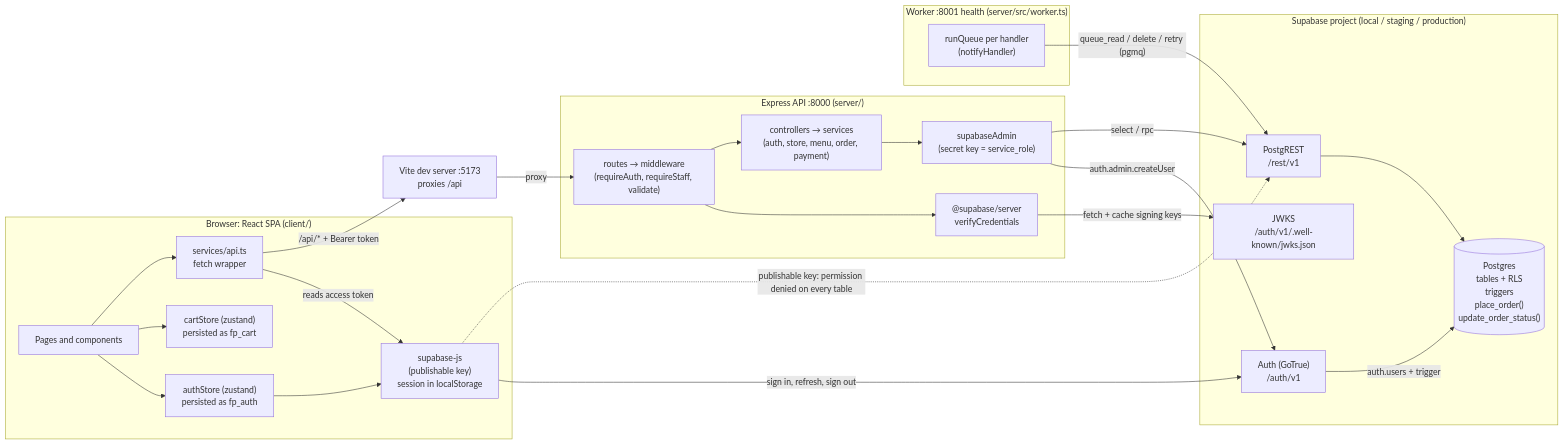
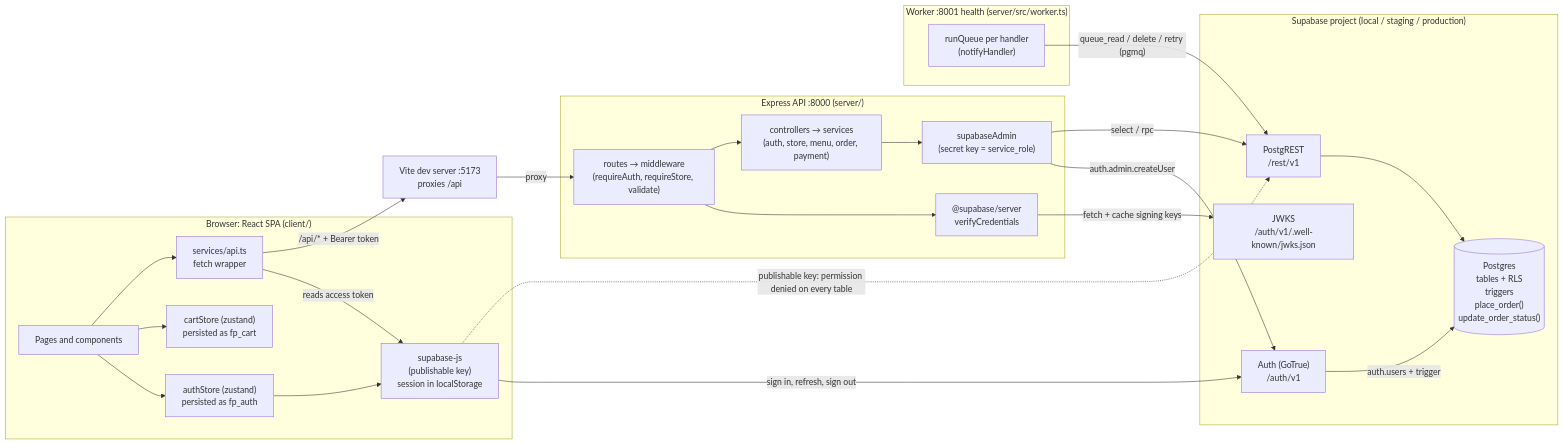
The first of 29 diagrams in docs/ARCHITECTURE.md (The-KhaNha/KhaNha), drawn with Mermaid before and after one commit. The commit also changed other lines of this file and 2 other files, not shown here.

Commit message:
Docs: staff endpoints and guards on the store routes; cart add signature

````diff
--- a/docs/ARCHITECTURE.md
+++ b/docs/ARCHITECTURE.md
@@ -49,49 +49,49 @@
 ```mermaid
 flowchart LR
   subgraph Browser["Browser: React SPA (client/)"]
     UI["Pages and components"]
     AuthStore["authStore (zustand)<br/>persisted as fp_auth"]
     CartStore["cartStore (zustand)<br/>persisted as fp_cart"]
     SBJS["supabase-js<br/>(publishable key)<br/>session in localStorage"]
     ApiClient["services/api.ts<br/>fetch wrapper"]
   end
 
   Vite["Vite dev server :5173<br/>proxies /api"]
 
   subgraph API["Express API :8000 (server/)"]
-    Routes["routes → middleware<br/>(requireAuth, requireStaff, validate)"]
+    Routes["routes → middleware<br/>(requireAuth, requireStore, validate)"]
     Services["controllers → services<br/>(auth, store, menu, order, payment)"]
     Admin["supabaseAdmin<br/>(secret key = service_role)"]
     Verify["@supabase/server<br/>verifyCredentials"]
   end
 
   subgraph Worker["Worker :8001 health (server/src/worker.ts)"]
     Runner["runQueue per handler<br/>(notifyHandler)"]
   end
 
   subgraph Supabase["Supabase project (local / staging / production)"]
     GoTrue["Auth (GoTrue)<br/>/auth/v1"]
     JWKS["JWKS<br/>/auth/v1/.well-known/jwks.json"]
     PostgREST["PostgREST<br/>/rest/v1"]
     PG[("Postgres<br/>tables + RLS<br/>triggers<br/>place_order()<br/>update_order_status()")]
   end
 
   UI --> AuthStore
   UI --> CartStore
   AuthStore --> SBJS
   UI --> ApiClient
   ApiClient -->|"reads access token"| SBJS
   SBJS -->|"sign in, refresh, sign out"| GoTrue
   ApiClient -->|"/api/* + Bearer token"| Vite
   Vite -->|"proxy"| Routes
   Routes --> Verify
   Verify -->|"fetch + cache signing keys"| JWKS
   Routes --> Services
   Services --> Admin
   Admin -->|"auth.admin.createUser"| GoTrue
   Admin -->|"select / rpc"| PostgREST
   PostgREST --> PG
   GoTrue -->|"auth.users + trigger"| PG
   Runner -->|"queue_read / delete / retry (pgmq)"| PostgREST
   SBJS -.->|"publishable key: permission denied on every table"| PostgREST
 ```
````
